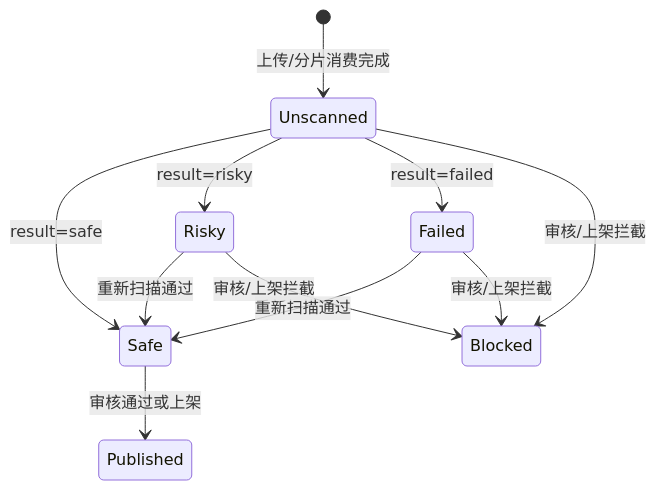
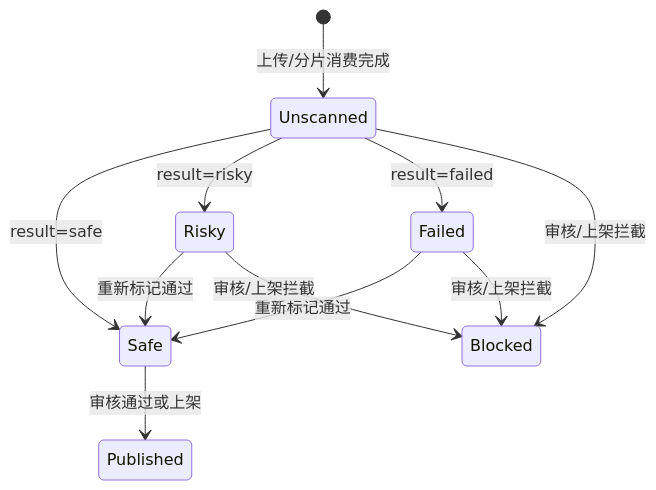
One commit to yyzxide/software-admin-service changed the fifth of 5 diagrams in docs/overview/architecture-and-flows.md. Above: the diagram before and after it, drawn with Mermaid. The commit also changed other lines of this file and 51 other files, not shown here.

````diff
--- a/docs/overview/architecture-and-flows.md
+++ b/docs/overview/architecture-and-flows.md
@@ -105,13 +105,13 @@
 ```mermaid
 stateDiagram-v2
     [*] --> Unscanned: 上传/分片消费完成
     Unscanned --> Safe: result=safe
     Unscanned --> Risky: result=risky
     Unscanned --> Failed: result=failed
-    Risky --> Safe: 重新扫描通过
-    Failed --> Safe: 重新扫描通过
+    Risky --> Safe: 重新标记通过
+    Failed --> Safe: 重新标记通过
     Safe --> Published: 审核通过或上架
     Unscanned --> Blocked: 审核/上架拦截
     Risky --> Blocked: 审核/上架拦截
     Failed --> Blocked: 审核/上架拦截
 ```
````
